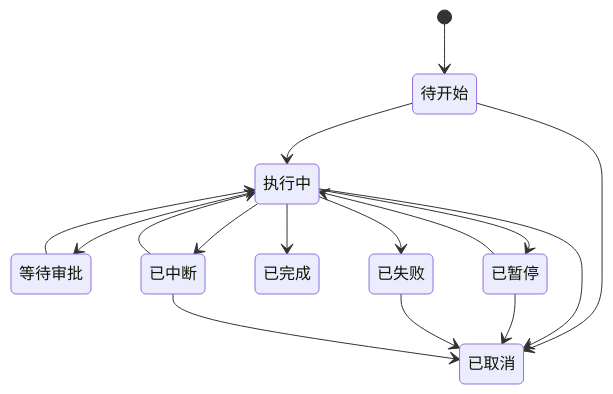
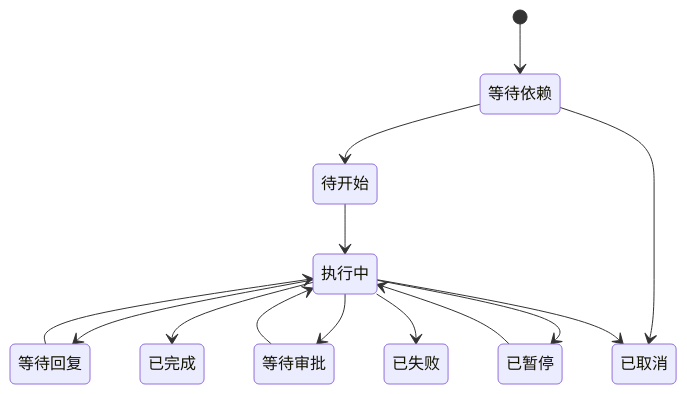
Before and after one commit to QingFengGod/bowknot-agent: the second of 2 diagrams in docs/requirements.md, drawn with Mermaid. The commit also changed other lines of this file and 30 other files, not shown here.

````diff
--- a/docs/requirements.md
+++ b/docs/requirements.md
@@ -100,18 +142,16 @@
 ```mermaid
 stateDiagram-v2
-    [*] --> 待开始
+    [*] --> 等待依赖
+    等待依赖 --> 待开始
+    等待依赖 --> 已取消
     待开始 --> 执行中
+    执行中 --> 等待回复
+    等待回复 --> 执行中
     执行中 --> 等待审批
     等待审批 --> 执行中
     执行中 --> 已暂停
     已暂停 --> 执行中
     执行中 --> 已完成
     执行中 --> 已失败
-    待开始 --> 已取消
     执行中 --> 已取消
-    已暂停 --> 已取消
-    已失败 --> 已取消
-    执行中 --> 已中断
-    已中断 --> 执行中
-    已中断 --> 已取消
 ```
````
